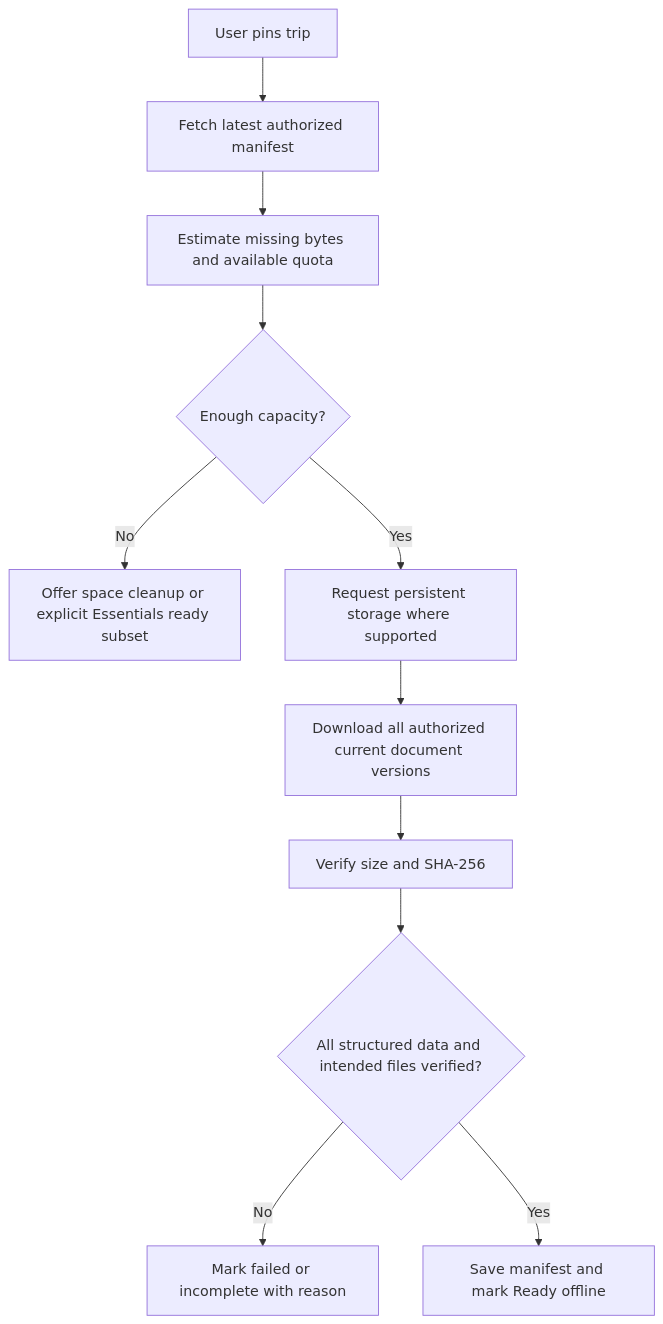
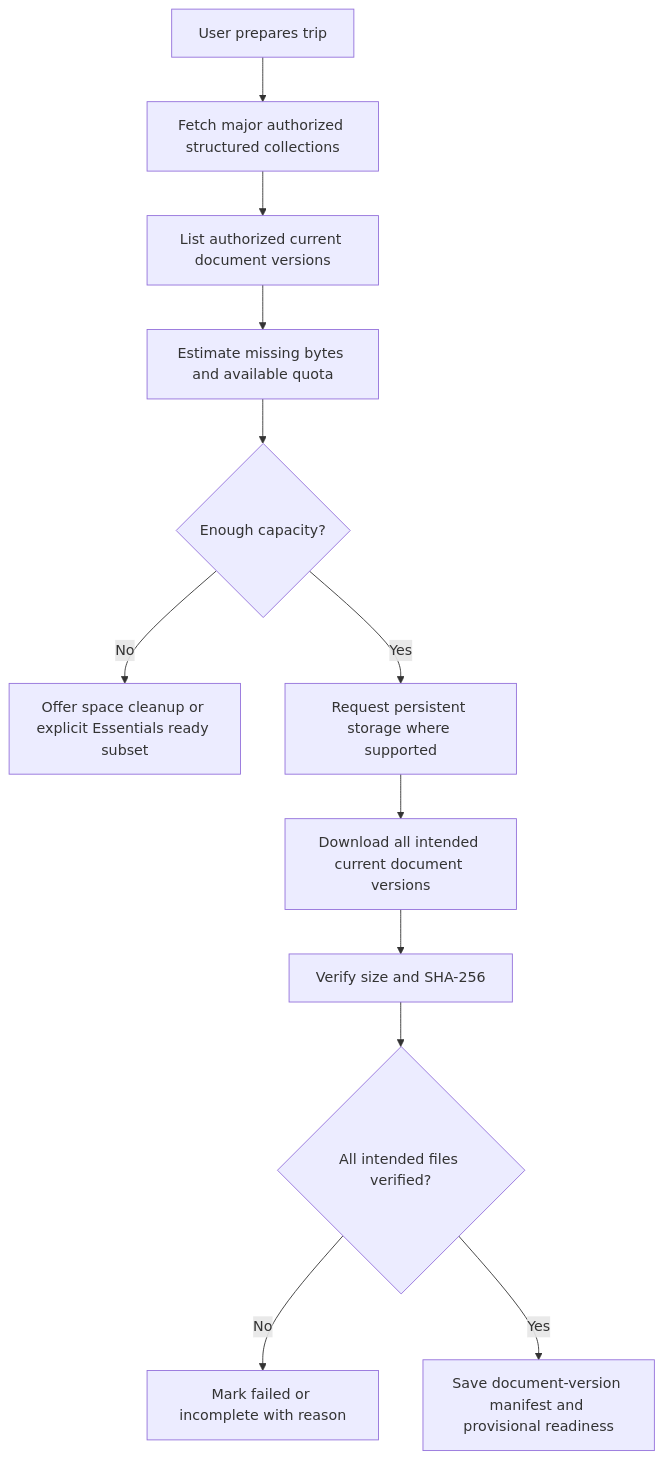
The eighth of 13 diagrams in docs/LOW_LEVEL_DESIGN.md (shantanu1258/trip-vault), drawn with Mermaid before and after one commit. The commit also changed other lines of this file and 9 other files, not shown here.

````diff
--- a/docs/LOW_LEVEL_DESIGN.md
+++ b/docs/LOW_LEVEL_DESIGN.md
@@ -1209,13 +1252,14 @@
 ```mermaid
 flowchart TD
-    A[User pins trip] --> B[Fetch latest authorized manifest]
-    B --> C[Estimate missing bytes and available quota]
-    C --> D{Enough capacity?}
-    D -- No --> E[Offer space cleanup or explicit Essentials ready subset]
-    D -- Yes --> F[Request persistent storage where supported]
-    F --> G[Download all authorized current document versions]
-    G --> H[Verify size and SHA-256]
-    H --> I{All structured data and intended files verified?}
-    I -- No --> J[Mark failed or incomplete with reason]
-    I -- Yes --> K[Save manifest and mark Ready offline]
+    A[User prepares trip] --> B[Fetch major authorized structured collections]
+    B --> C[List authorized current document versions]
+    C --> D[Estimate missing bytes and available quota]
+    D --> E{Enough capacity?}
+    E -- No --> F[Offer space cleanup or explicit Essentials ready subset]
+    E -- Yes --> G[Request persistent storage where supported]
+    G --> H[Download all intended current document versions]
+    H --> I[Verify size and SHA-256]
+    I --> J{All intended files verified?}
+    J -- No --> K[Mark failed or incomplete with reason]
+    J -- Yes --> L[Save document-version manifest and provisional readiness]
 ```
````
